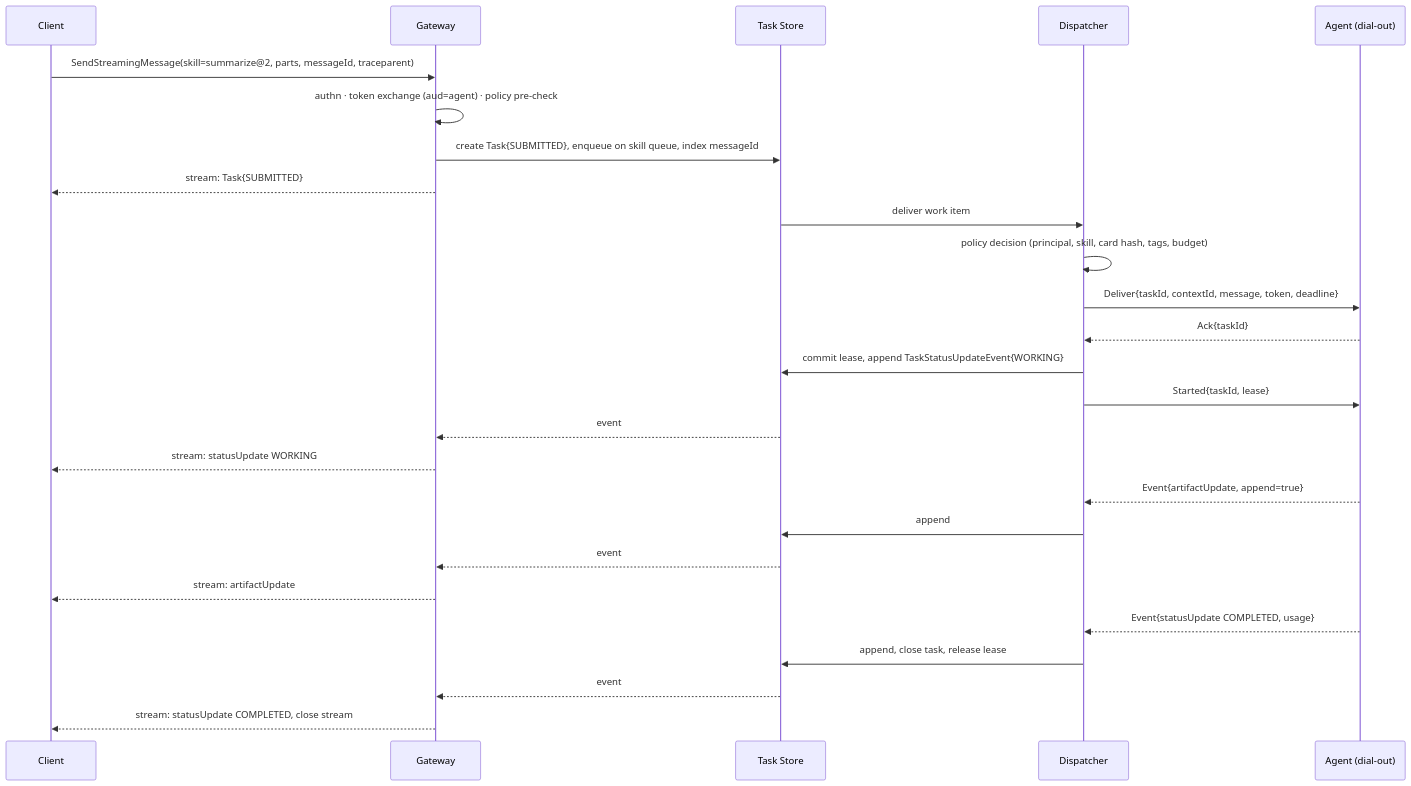
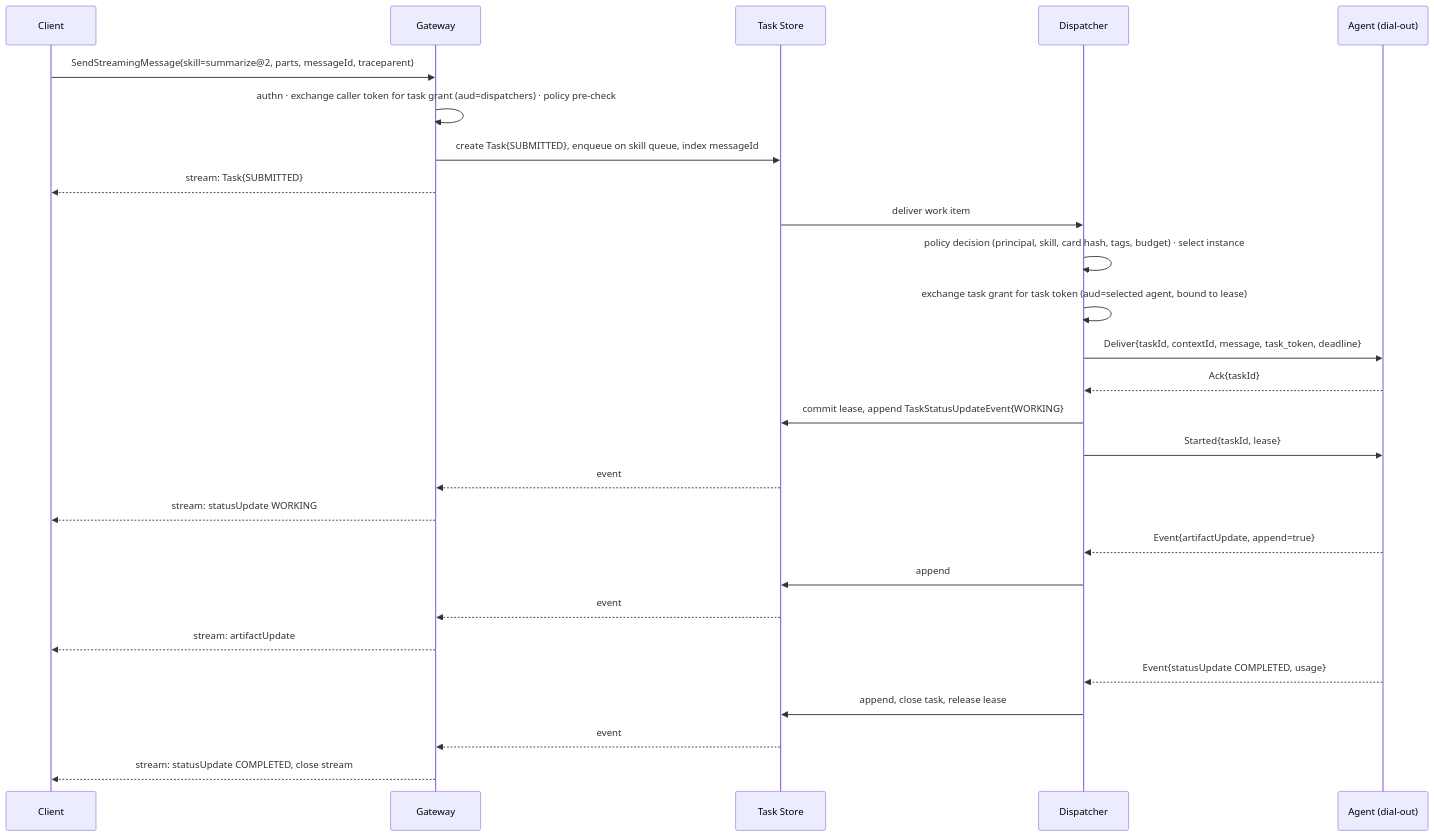
One commit to wabee-ai/agenet changed the second of 2 diagrams in docs/v2/01-architecture.md. Above: the diagram before and after it, drawn with Mermaid. The commit also changed other lines of this file and 3 other files, not shown here.

````diff
--- a/docs/v2/01-architecture.md
+++ b/docs/v2/01-architecture.md
@@ -103,29 +105,30 @@
 ```mermaid
 sequenceDiagram
     participant C as Client
     participant G as Gateway
     participant T as Task Store
     participant D as Dispatcher
     participant A as Agent (dial-out)
 
     C->>G: SendStreamingMessage(skill=summarize@2, parts, messageId, traceparent)
-    G->>G: authn · token exchange (aud=agent) · policy pre-check
+    G->>G: authn · exchange caller token for task grant (aud=dispatchers) · policy pre-check
     G->>T: create Task{SUBMITTED}, enqueue on skill queue, index messageId
     G-->>C: stream: Task{SUBMITTED}
     T->>D: deliver work item
-    D->>D: policy decision (principal, skill, card hash, tags, budget)
-    D->>A: Deliver{taskId, contextId, message, token, deadline}
+    D->>D: policy decision (principal, skill, card hash, tags, budget) · select instance
+    D->>D: exchange task grant for task token (aud=selected agent, bound to lease)
+    D->>A: Deliver{taskId, contextId, message, task_token, deadline}
     A-->>D: Ack{taskId}
     D->>T: commit lease, append TaskStatusUpdateEvent{WORKING}
     D->>A: Started{taskId, lease}
     T-->>G: event
     G-->>C: stream: statusUpdate WORKING
     A-->>D: Event{artifactUpdate, append=true}
     D->>T: append
     T-->>G: event
     G-->>C: stream: artifactUpdate
     A-->>D: Event{statusUpdate COMPLETED, usage}
     D->>T: append, close task, release lease
     T-->>G: event
     G-->>C: stream: statusUpdate COMPLETED, close stream
 ```
````
